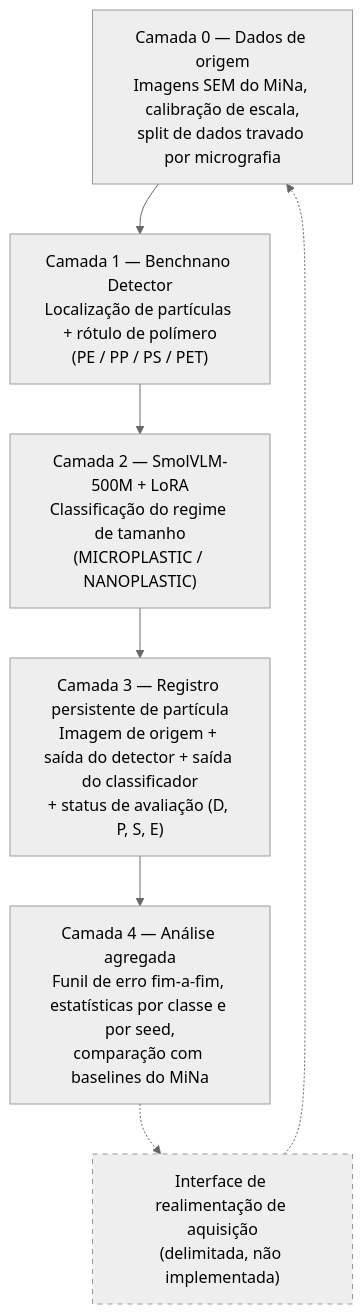
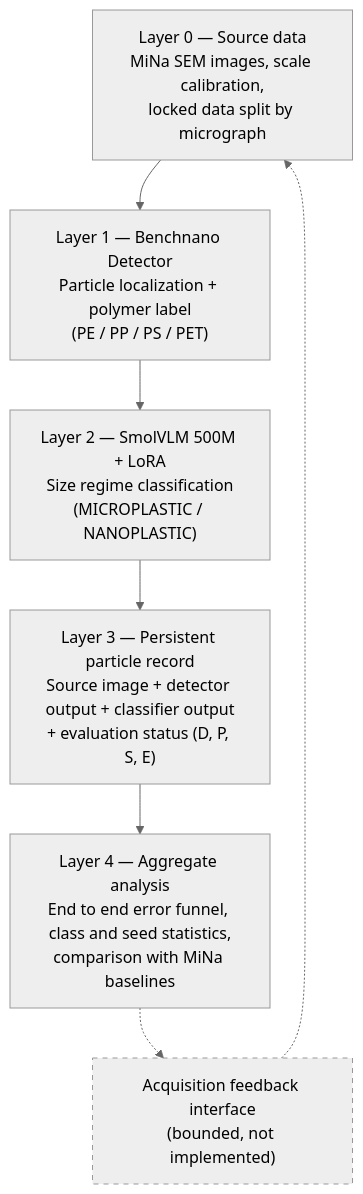
One commit to Nanoplastic/benchnano_models changed the diagram in README.md. Above: the diagram before and after it, drawn with Mermaid (neutral theme). The commit also changed other lines of this file, not shown here.

````diff
--- a/README.md
+++ b/README.md
@@ -16,20 +16,20 @@
 ```mermaid
 flowchart TB
-    L0["Camada 0 — Dados de origem<br/>Imagens SEM do MiNa, calibração de escala,<br/>split de dados travado por micrografia"]
+    L0["Layer 0 — Source data<br/>MiNa SEM images, scale calibration,<br/>locked data split by micrograph"]
 
-    L1["Camada 1 — Benchnano Detector<br/>Localização de partículas + rótulo de polímero<br/>(PE / PP / PS / PET)"]
+    L1["Layer 1 — Benchnano Detector<br/>Particle localization + polymer label<br/>(PE / PP / PS / PET)"]
 
-    L2["Camada 2 — SmolVLM-500M + LoRA<br/>Classificação do regime de tamanho<br/>(MICROPLASTIC / NANOPLASTIC)"]
+    L2["Layer 2 — SmolVLM 500M + LoRA<br/>Size regime classification<br/>(MICROPLASTIC / NANOPLASTIC)"]
 
-    L3["Camada 3 — Registro persistente de partícula<br/>Imagem de origem + saída do detector + saída do classificador<br/>+ status de avaliação (D, P, S, E)"]
+    L3["Layer 3 — Persistent particle record<br/>Source image + detector output + classifier output<br/>+ evaluation status (D, P, S, E)"]
 
-    L4["Camada 4 — Análise agregada<br/>Funil de erro fim-a-fim, estatísticas por classe e por seed,<br/>comparação com baselines do MiNa"]
+    L4["Layer 4 — Aggregate analysis<br/>End to end error funnel, class and seed statistics,<br/>comparison with MiNa baselines"]
 
-    F["Interface de realimentação de aquisição<br/>(delimitada, não implementada)"]
+    F["Acquisition feedback interface<br/>(bounded, not implemented)"]
 
     L0 --> L1 --> L2 --> L3 --> L4
     L4 -.-> F
     F -.-> L0
 
     style F stroke-dasharray: 5 5
 ```
````
